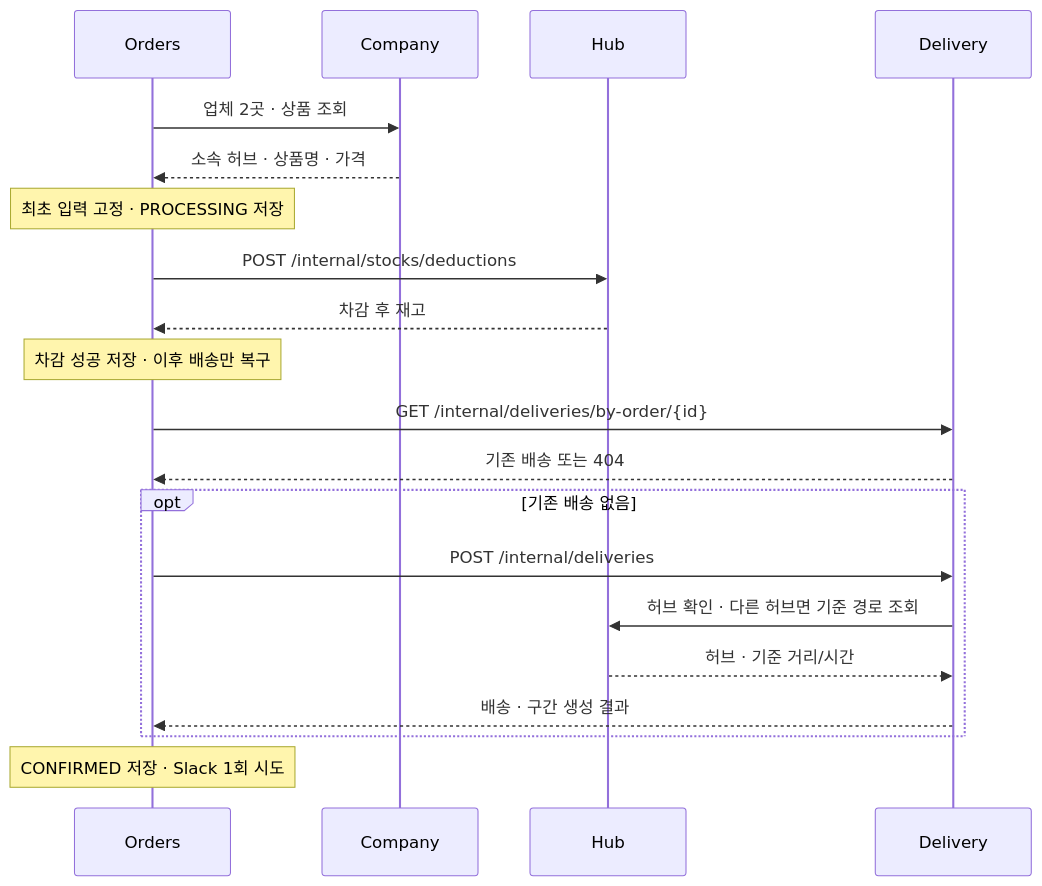
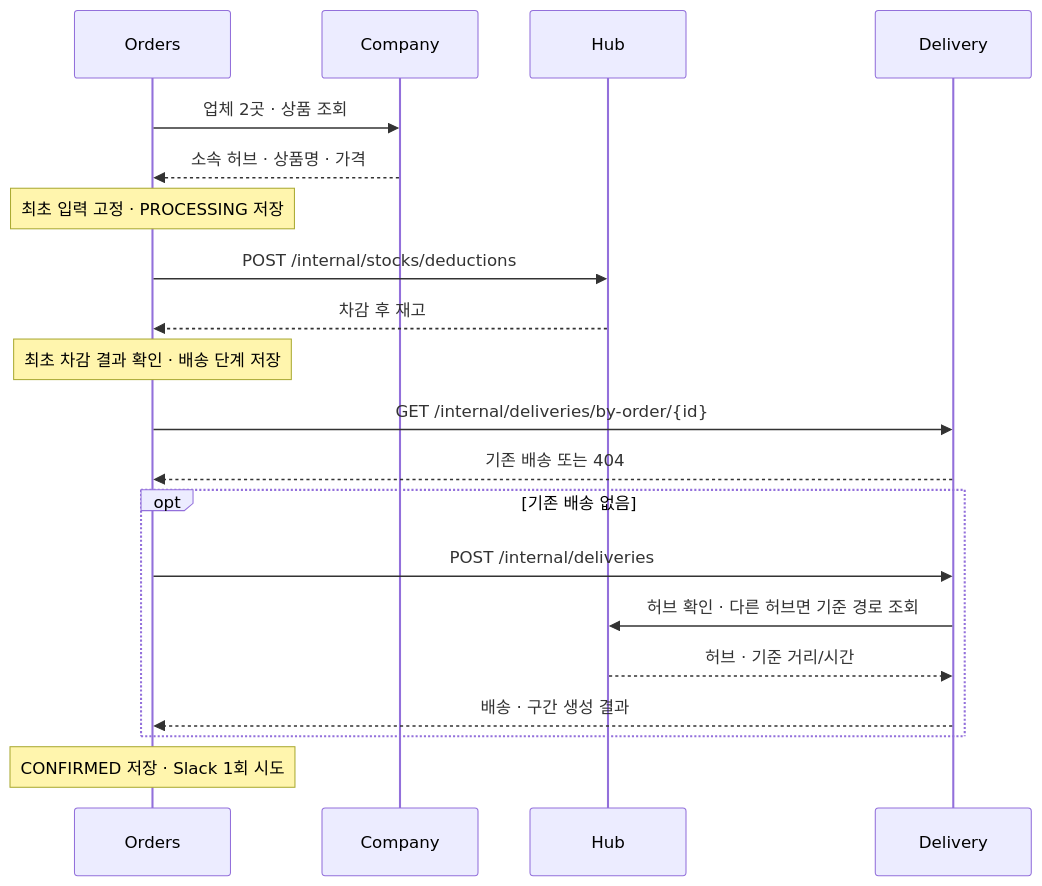
Before and after one commit to 404notfound-team/logistics-msa: the first of 4 diagrams in orders/README.md, drawn with Mermaid. The commit also changed other lines of this file and 45 other files, not shown here.

````diff
--- a/orders/README.md
+++ b/orders/README.md
@@ -5,22 +5,22 @@
 ```mermaid
 sequenceDiagram
     participant O as Orders
     participant C as Company
     participant H as Hub
     participant D as Delivery
     O->>C: 업체 2곳 · 상품 조회
     C-->>O: 소속 허브 · 상품명 · 가격
     Note over O: 최초 입력 고정 · PROCESSING 저장
     O->>H: POST /internal/stocks/deductions
     H-->>O: 차감 후 재고
-    Note over O: 차감 성공 저장 · 이후 배송만 복구
+    Note over O: 최초 차감 결과 확인 · 배송 단계 저장
     O->>D: GET /internal/deliveries/by-order/{id}
     D-->>O: 기존 배송 또는 404
     opt 기존 배송 없음
         O->>D: POST /internal/deliveries
         D->>H: 허브 확인 · 다른 허브면 기준 경로 조회
         H-->>D: 허브 · 기준 거리/시간
         D-->>O: 배송 · 구간 생성 결과
     end
     Note over O: CONFIRMED 저장 · Slack 1회 시도
 ```
````
